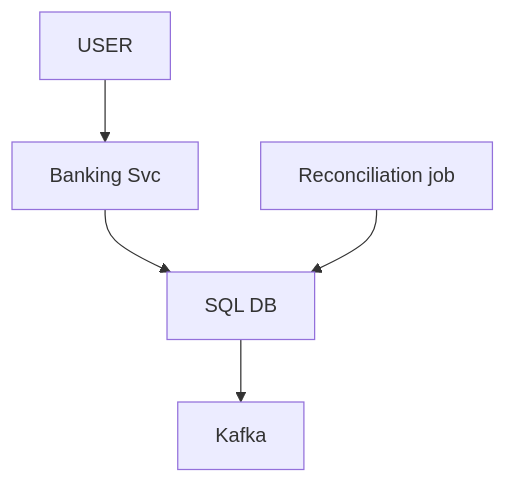
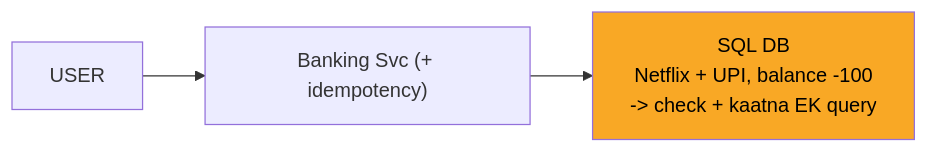
The fourth of 13 diagrams in 04_HLD/SYSTEM_DESIGNS/13_banking_system/13_banking_system.md (ArpanMaheshwari144/Prep), drawn with Mermaid before and after one commit. The commit also changed other lines of this file and 2 other files, not shown here.

Commit message:
docs, kafka, banking: one-day story, short cards, follow-ups with rules, highlighted diagrams

````diff
--- a/04_HLD/SYSTEM_DESIGNS/13_banking_system/13_banking_system.md
+++ b/04_HLD/SYSTEM_DESIGNS/13_banking_system/13_banking_system.md
@@ -159,12 +149,9 @@
 ```mermaid
-flowchart TD
+flowchart LR
     n_USER["USER"]
-    n_Banking_Svc["Banking Svc"]
-    n_SQL_DB["SQL DB"]
-    n_Kafka["Kafka"]
-    n_Reconciliation_job["Reconciliation job"]
-    n_USER --> n_Banking_Svc
-    n_Banking_Svc --> n_SQL_DB
-    n_SQL_DB --> n_Kafka
-    n_Reconciliation_job --> n_SQL_DB
+    n_SVC["Banking Svc (+ idempotency)"]
+    n_DB["SQL DB<br/>Netflix + UPI, balance -100<br/>-> check + kaatna EK query"]
+    n_USER --> n_SVC
+    n_SVC --> n_DB
+    style n_DB fill:#f9a825,color:#000
 ```
````
